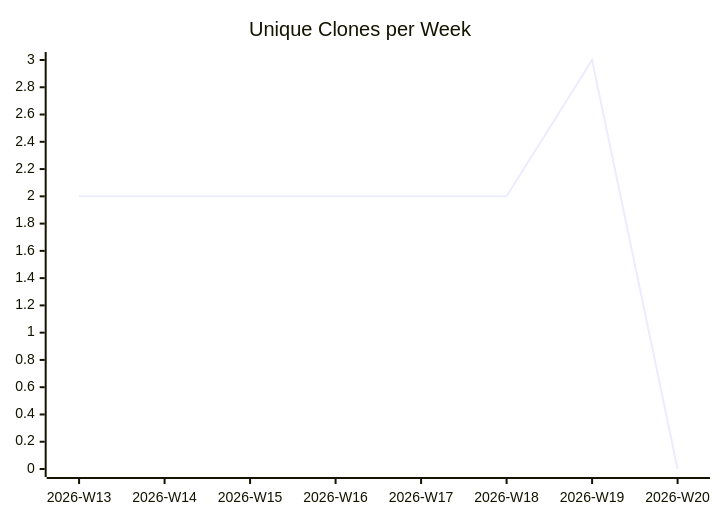
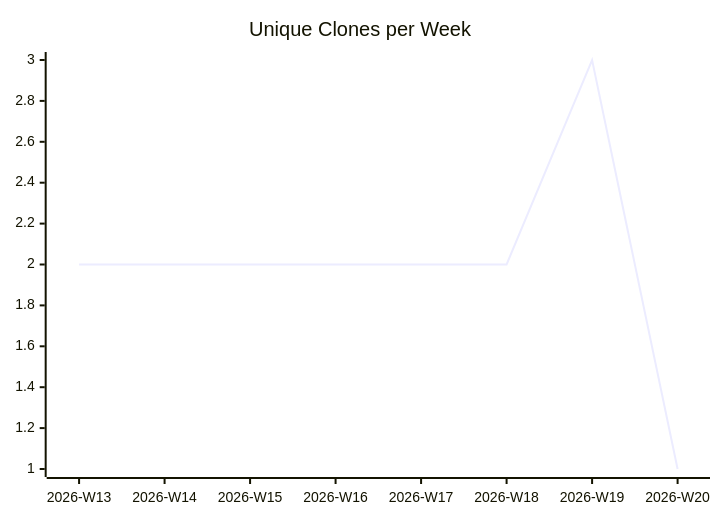
The third of 3 diagrams in karlmdavis/rps-tourney/README.md (justdavis-family/github-analytics-data), drawn with Mermaid before and after one commit. The commit also changed other lines of this file and 190 other files, not shown here.

````diff
--- a/karlmdavis/rps-tourney/README.md
+++ b/karlmdavis/rps-tourney/README.md
@@ -19,6 +19,6 @@
 ```mermaid
 xychart-beta
   title "Unique Clones per Week"
   x-axis ["2026-W13", "2026-W14", "2026-W15", "2026-W16", "2026-W17", "2026-W18", "2026-W19", "2026-W20"]
-  line [2, 2, 2, 2, 2, 2, 3, 0]
+  line [2, 2, 2, 2, 2, 2, 3, 1]
 ```
````
